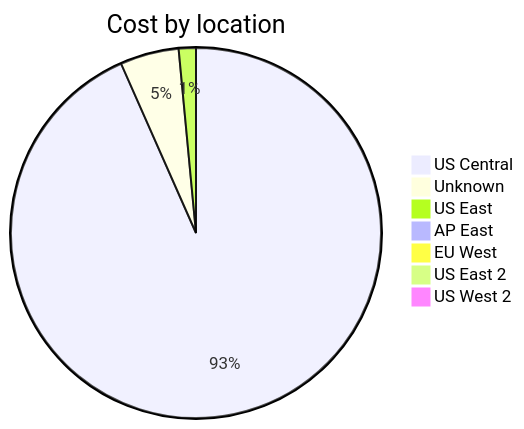
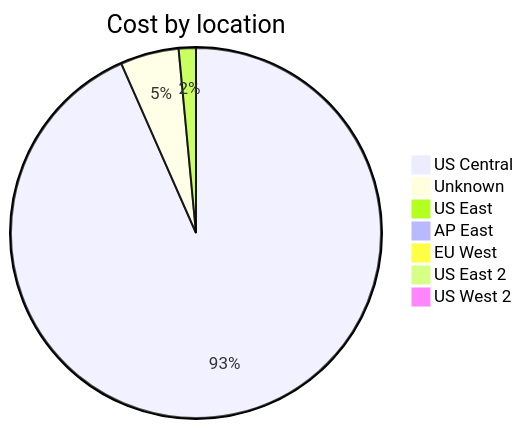
Before and after one commit to jpfulton/azure-personal-reports: the third of 4 diagrams in cost-reports/accumulated-cost.md, drawn with Mermaid. The commit also changed other lines of this file and 4 other files, not shown here.

````diff
--- a/cost-reports/accumulated-cost.md
+++ b/cost-reports/accumulated-cost.md
@@ -123,11 +123,11 @@
 ```mermaid
 pie
    title Cost by location
-   "US Central" : 16.20
-   "Unknown" : 0.89
-   "US East" : 0.26
+   "US Central" : 16.81
+   "Unknown" : 0.92
+   "US East" : 0.27
    "AP East" : 0.00
    "EU West" : 0.00
    "US East 2" : 0.00
    "US West 2" : 0.00
 ```
````
